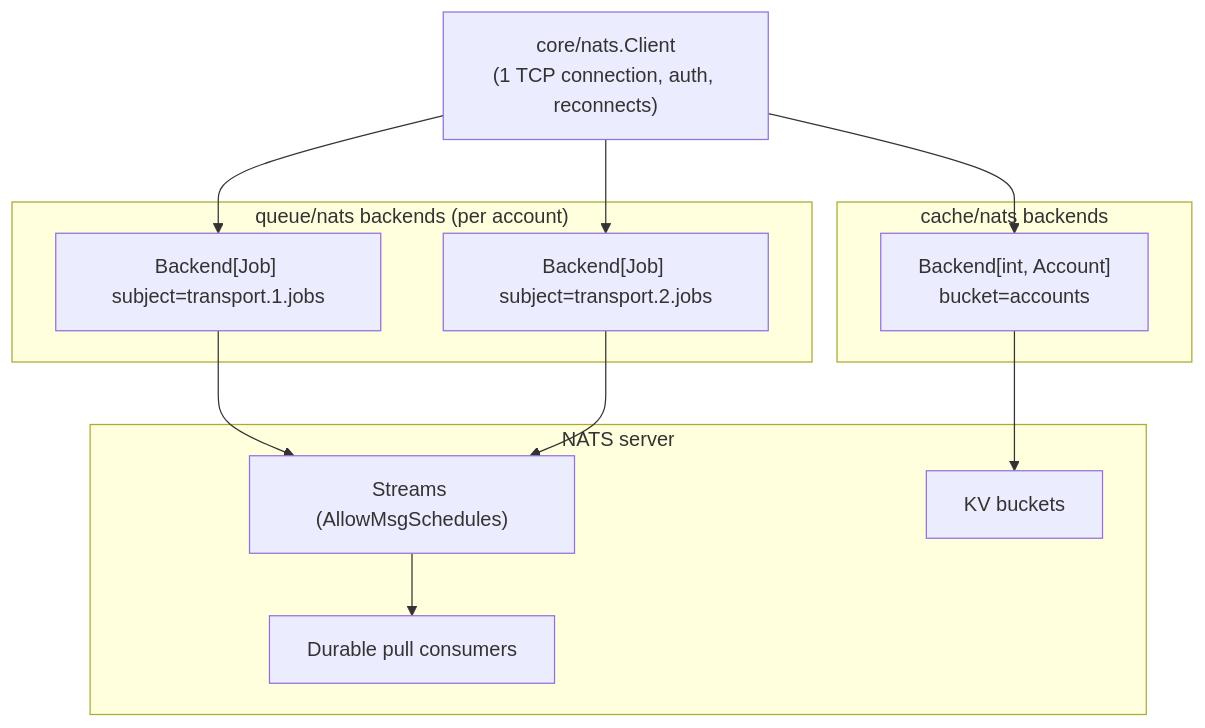
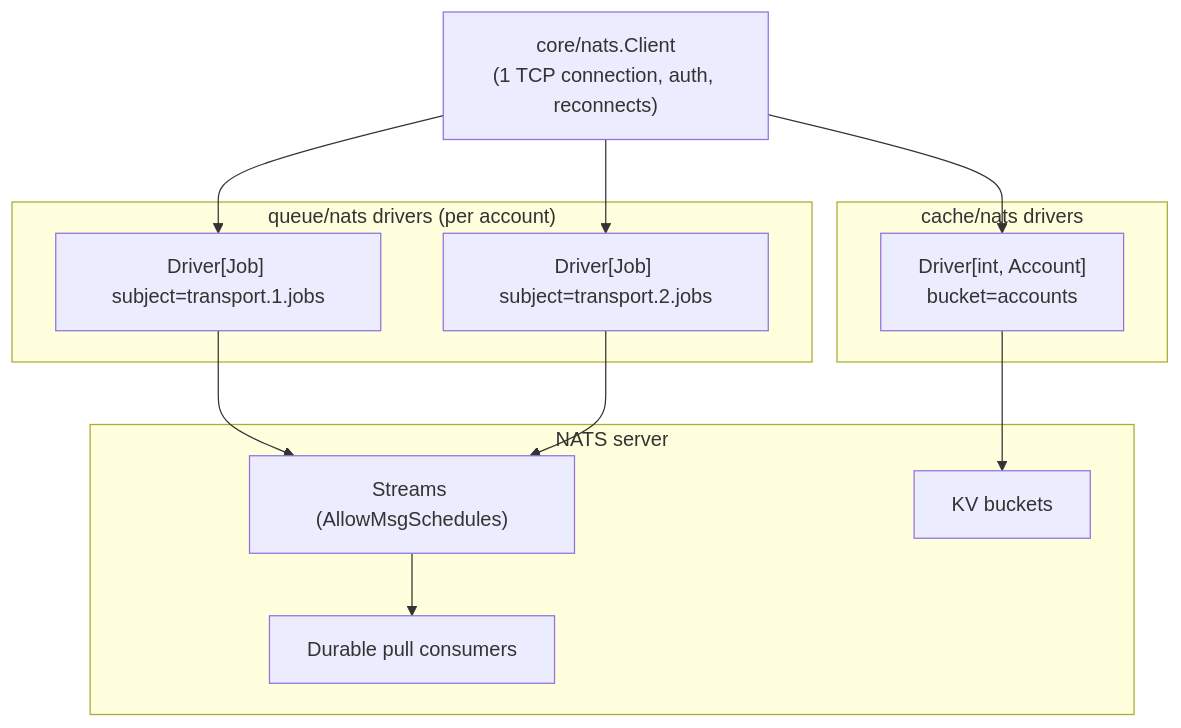
Before and after one commit to Neur0toxine/mg-transport-core: the diagram in docs/nats.md, drawn with Mermaid. The commit also changed other lines of this file and 36 other files, not shown here.

Commit message:
chore: rename Backend to Driver

````diff
--- a/docs/nats.md
+++ b/docs/nats.md
@@ -61,28 +61,28 @@
 ```mermaid
 flowchart TB
     CONN["core/nats.Client<br/>(1 TCP connection, auth, reconnects)"]
 
-    subgraph queues["queue/nats backends (per account)"]
-        QB1["Backend[Job] subject=transport.1.jobs"]
-        QB2["Backend[Job] subject=transport.2.jobs"]
+    subgraph queues["queue/nats drivers (per account)"]
+        QB1["Driver[Job] subject=transport.1.jobs"]
+        QB2["Driver[Job] subject=transport.2.jobs"]
     end
 
-    subgraph caches["cache/nats backends"]
-        CB1["Backend[int, Account]<br/>bucket=accounts"]
+    subgraph caches["cache/nats drivers"]
+        CB1["Driver[int, Account]<br/>bucket=accounts"]
     end
 
     CONN --> QB1
     CONN --> QB2
     CONN --> CB1
 
     subgraph server["NATS server"]
         S["Streams (AllowMsgSchedules)"]
         C["Durable pull consumers"]
         KV["KV buckets"]
     end
 
     QB1 --> S
     QB2 --> S
     S --> C
     CB1 --> KV
 ```
````
